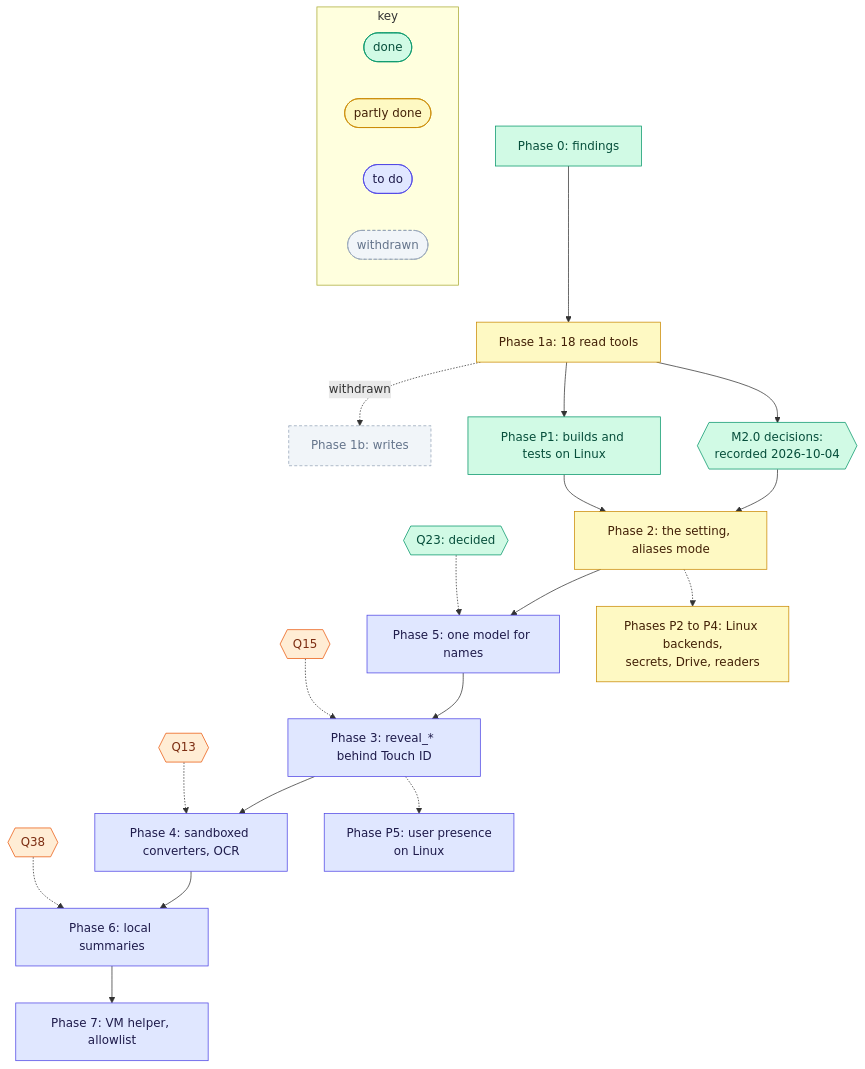
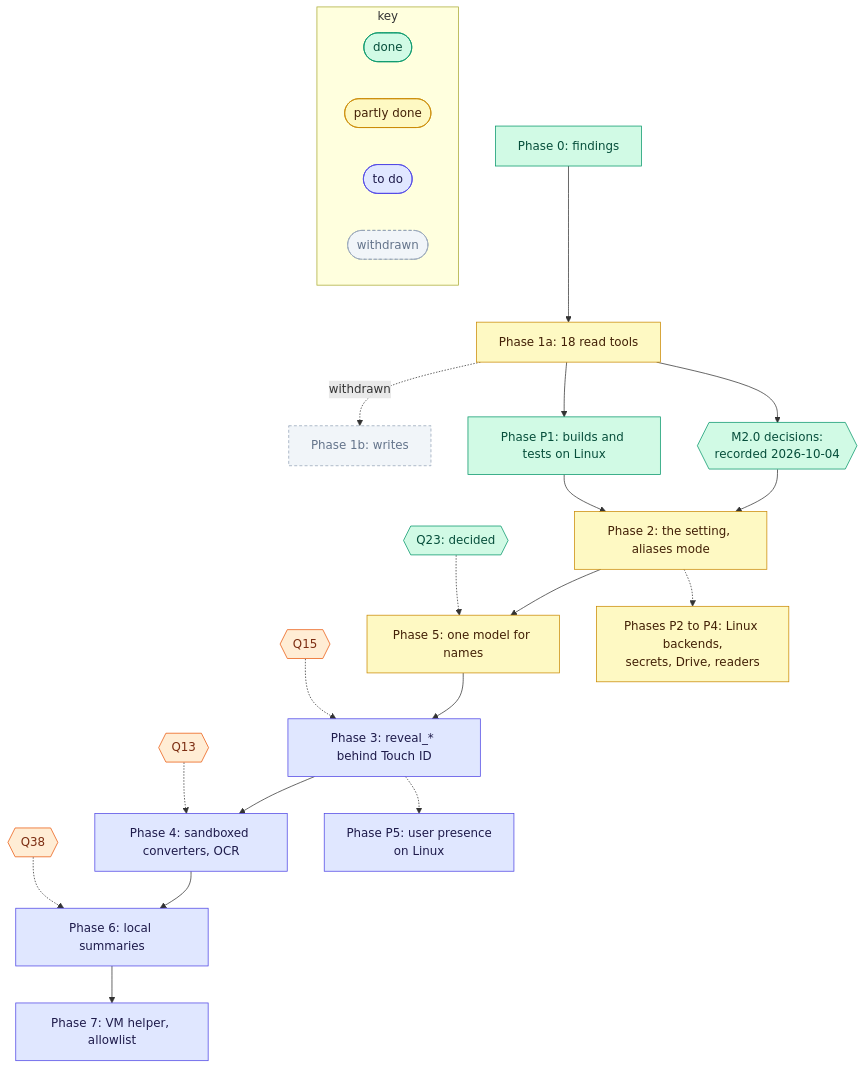
The diagram in docs/rfc-0001/09-rollout.md (matt-w-horn/protonctl), drawn with Mermaid before and after one commit. The commit also changed other lines of this file and 35 other files, not shown here.

````diff
--- a/docs/rfc-0001/09-rollout.md
+++ b/docs/rfc-0001/09-rollout.md
@@ -7,38 +7,38 @@
 ```mermaid
 flowchart TB
     P0["Phase 0: findings"] --> P1a["Phase 1a: 18 read tools"]
     P1a -.->|withdrawn| P1b["Phase 1b: writes"]
     P1a --> D2{{"M2.0 decisions:<br/>recorded 2026-10-04"}}
     D2 --> P2["Phase 2: the setting, aliases mode"]
     P2 --> P5["Phase 5: one model for names"]
     P5 --> P3["Phase 3: reveal_* behind Touch ID"]
     P3 --> P4["Phase 4: sandboxed converters, OCR"]
     P4 --> P6["Phase 6: local summaries"]
     P6 --> P7["Phase 7: VM helper, allowlist"]
     Q15{{"Q15"}} -.-> P3
     Q13{{"Q13"}} -.-> P4
     Q23{{"Q23: decided"}} -.-> P5
     Q38{{"Q38"}} -.-> P6
     PP1["Phase P1: builds and tests on Linux"] --> P2
     P1a --> PP1
     P2 -.-> PP2["Phases P2 to P4: Linux backends,<br/>secrets, Drive, readers"]
     P3 -.-> PP5["Phase P5: user presence<br/>on Linux"]
     subgraph key["key"]
         direction LR
         L1(["done"])
         L2(["partly done"])
         L3(["to do"])
         L4(["withdrawn"])
     end
 
     classDef done fill:#D1FAE5,stroke:#059669,color:#064E3B
     classDef part fill:#FEF9C3,stroke:#CA8A04,color:#422006
     classDef todo fill:#E0E7FF,stroke:#4F46E5,color:#1E1B4B
     classDef gone fill:#F1F5F9,stroke:#94A3B8,color:#64748B,stroke-dasharray:4 3
     classDef q fill:#FFEDD5,stroke:#EA580C,color:#7C2D12
     class P0,PP1,D2,Q23,L1 done
-    class P1a,P2,PP2,L2 part
-    class P3,P4,P5,P6,P7,PP5,L3 todo
+    class P1a,P2,P5,PP2,L2 part
+    class P3,P4,P6,P7,PP5,L3 todo
     class P1b,L4 gone
     class Q13,Q15,Q38 q
 ```
````
